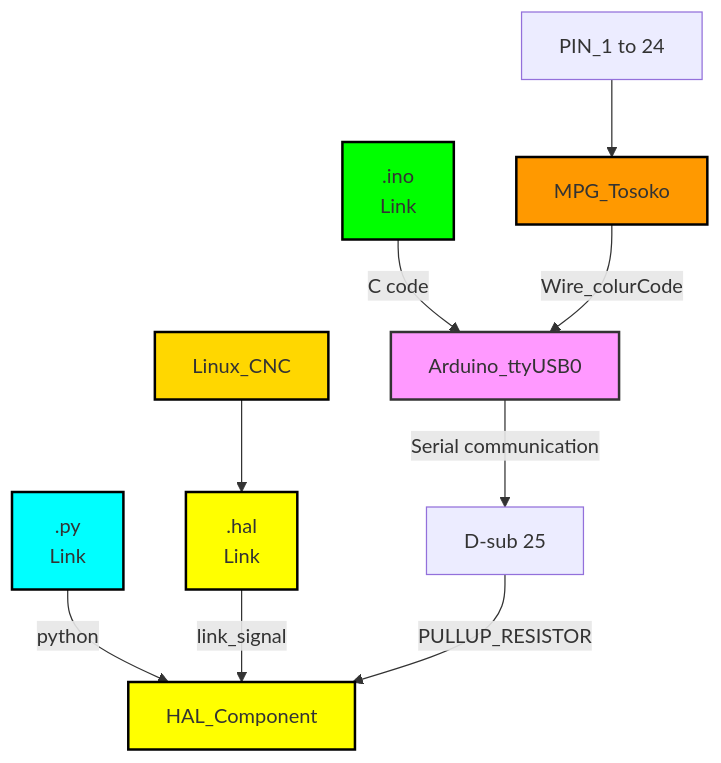
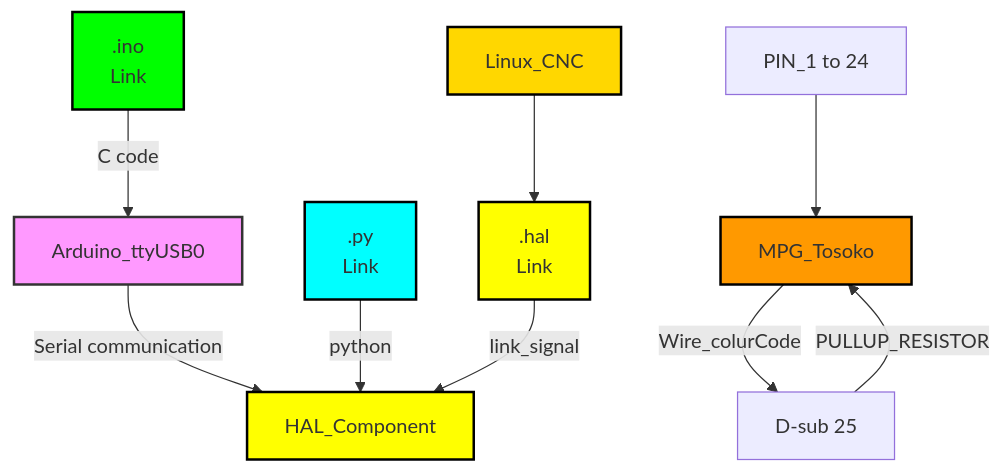
One commit to Tpj-root/MPG_pendant changed the diagram in README.md. Above: the diagram before and after it, drawn with Mermaid.

````diff
--- a/README.md
+++ b/README.md
@@ -274,21 +274,21 @@
 ```mermaid
 graph TD;
     style A fill:#f9f,stroke:#333,stroke-width:2px;
     style B fill:#ff0,stroke:#000,stroke-width:2px;
     style C fill:#0f0,stroke:#000,stroke-width:2px;
     style D fill:#0ff,stroke:#000,stroke-width:2px;
     style E fill:#f90,stroke:#000,stroke-width:2px;
     style F fill:#ff0,stroke:#000,stroke-width:2px;
     style G fill:#FFD700,stroke:#000,stroke-width:2px;
     
-    A[Arduino_ttyUSB0] --> |Serial communication| H
+    A[Arduino_ttyUSB0] --> |Serial communication| B[HAL_Component]
     C[.ino<br><a src="/Setup/LinuxCNC_encoder_ALL_pinout/LinuxCNC_encoder_ALL_pinout.ino">Link</a>]  --> |C code|A
     D[.py<br><a src="/Setup/LinuxCNC_encoder_ALL_pinout/arduino_All_ttyUSB0">Link</a>]  --> |python| B
-    E[MPG_Tosoko] --> |Wire_colurCode|A
+    E[MPG_Tosoko] --> |Wire_colurCode|H
     Pin_1[PIN_1 to 24]  --> E
     F[.hal<br><a src="/Setup/LinuxCNC_encoder_ALL_pinout/mpg.sh">Link</a>] --> |link_signal|B
     G[Linux_CNC] --> F
-    H[D-sub 25]  --> |PULLUP_RESISTOR| B[HAL_Component]
+    H[D-sub 25]  --> |PULLUP_RESISTOR| E
     
     
 ```
````
